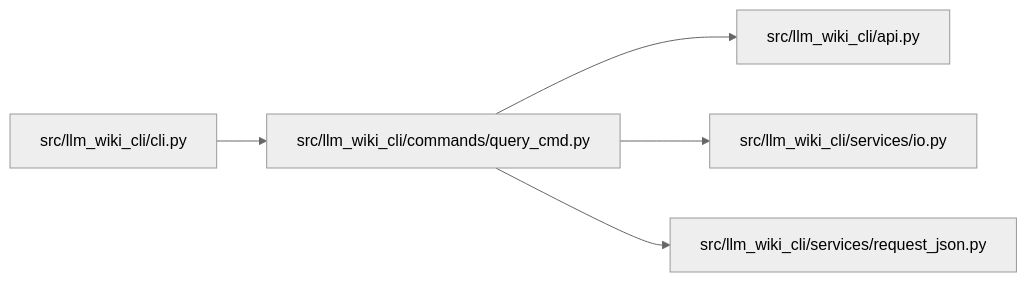
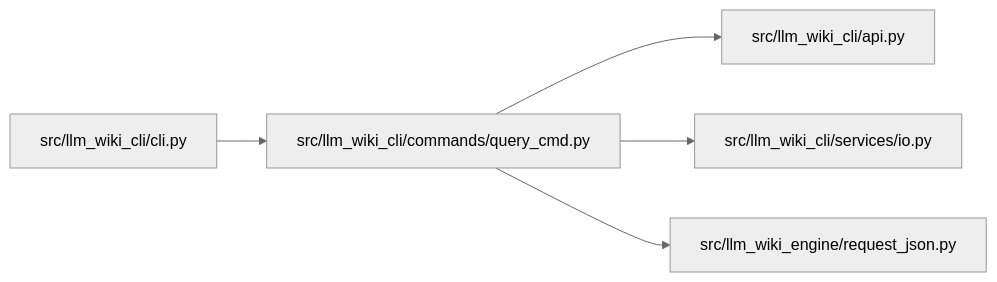
One commit to Denissvgn/python-wiki-llm changed the diagram in docs/llm_wiki/modules/query_cmd.md. Above: the diagram before and after it, drawn with Mermaid (neutral theme). The commit also changed other lines of this file and 1103 other files, not shown here.

First line of the commit message:
docs: refresh the wiki for the llm-wiki-engine distribution

````diff
--- a/docs/llm_wiki/modules/query_cmd.md
+++ b/docs/llm_wiki/modules/query_cmd.md
@@ -29,17 +29,17 @@
 ```mermaid
 flowchart LR
     n0["src/llm_wiki_cli/api.py"]
     n1["src/llm_wiki_cli/cli.py"]
     n2["src/llm_wiki_cli/commands/query_cmd.py"]
     n3["src/llm_wiki_cli/services/io.py"]
-    n4["src/llm_wiki_cli/services/request_json.py"]
+    n4["src/llm_wiki_engine/request_json.py"]
     n1 --> n2
     n2 --> n0
     n2 --> n3
     n2 --> n4
     click n0 "../modules/api.md"
     click n1 "../modules/cli.md"
     click n2 "../modules/query_cmd.md"
     click n3 "../modules/io.md"
     click n4 "../modules/request_json.md"
 ```
````
